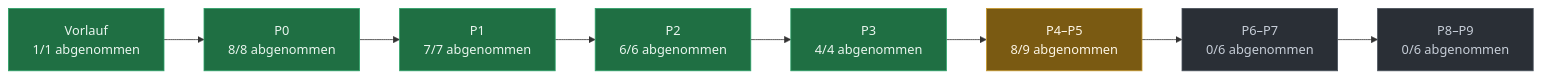
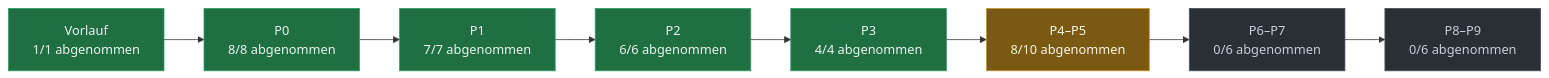
One commit to evenacadia-tech/Nakama changed the diagram in docs/PLAN-STAND.md. Above: the diagram before and after it, drawn with Mermaid. The commit also changed other lines of this file and 4 other files, not shown here.

````diff
--- a/docs/PLAN-STAND.md
+++ b/docs/PLAN-STAND.md
@@ -38,21 +38,21 @@
 ```mermaid
 flowchart LR
   P0["Vorlauf<br/>1/1 abgenommen"]:::fertig
   P1["P0<br/>8/8 abgenommen"]:::fertig
   P0 --> P1
   P2["P1<br/>7/7 abgenommen"]:::fertig
   P1 --> P2
   P3["P2<br/>6/6 abgenommen"]:::fertig
   P2 --> P3
   P4["P3<br/>4/4 abgenommen"]:::fertig
   P3 --> P4
-  P5["P4–P5<br/>8/9 abgenommen"]:::laeuft
+  P5["P4–P5<br/>8/10 abgenommen"]:::laeuft
   P4 --> P5
   P6["P6–P7<br/>0/6 abgenommen"]:::offen
   P5 --> P6
   P7["P8–P9<br/>0/6 abgenommen"]:::offen
   P6 --> P7
   classDef fertig fill:#1f6f43,stroke:#2ea36a,color:#eaf6ef
   classDef laeuft fill:#7a5a12,stroke:#c99a2e,color:#fdf6e6
   classDef offen  fill:#2a2f36,stroke:#4a525c,color:#c7ced8
 ```
````
